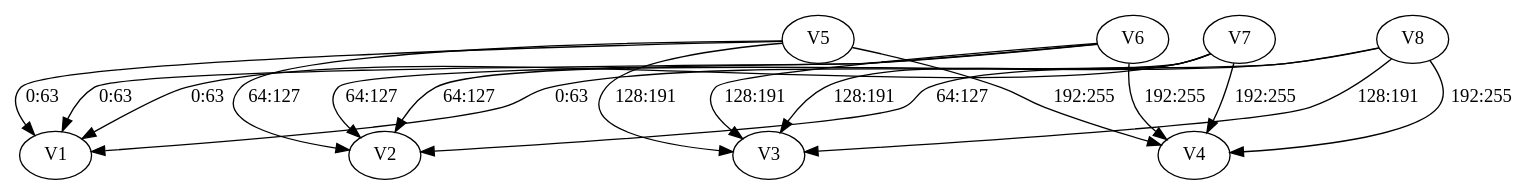
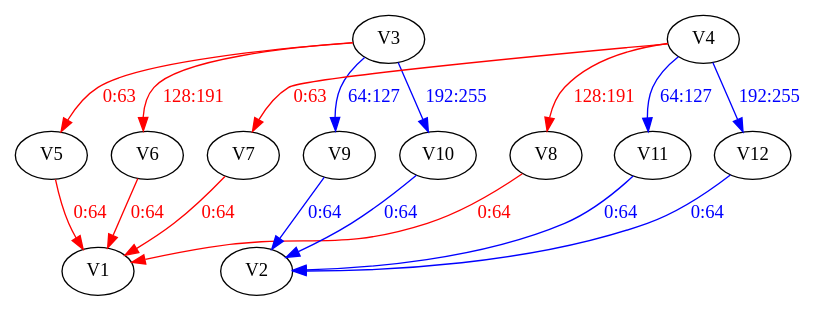
The second of 4 diagrams in llvm/docs/Intel/Analysis/Intel_OptVLS.rst (wangdi4/llvm), drawn with Graphviz before and after one commit. The commit also changed other lines of this file and 3 other files, not shown here.

Commit message:
[[scsel-bdw-04-17535]] Simplified the initial graph and supported an iterative optimizer Old/split llvm commit ID: 2f0467a5a4c1675f181e64a4d4729e3f145cd363

```diff
--- a/llvm/docs/Intel/Analysis/Intel_OptVLS.rst
+++ b/llvm/docs/Intel/Analysis/Intel_OptVLS.rst
@@ -493,39 +490,39 @@
 .. graphviz::
 
    digraph Initial_Graph {
 
       graph[ordering=in];
 
-      V5 -> V4[label="192:255",weight="192:255"];
+      V5 -> V1[fontcolor=red, color=red, label="0:64",weight="0:64"];
 
-      V6 -> V4[label="192:255",weight="192:255"];
+      V6 -> V1[fontcolor=red, color=red, label="0:64",weight="0:64"];
 
-      V7 -> V4[label="192:255",weight="192:255"];
+      V7 -> V1[fontcolor=red, color=red, label="0:64",weight="0:64"];
 
-      V8 -> V4[label="192:255",weight="192:255"];
+      V8 -> V1[fontcolor=red, color=red, label="0:64",weight="0:64"];
 
-      V5 -> V1[label="0:63",weight="0:63"];
+      V9 -> V2[fontcolor=blue, color=blue, label="0:64",weight="0:64"];
 
-      V6 -> V1[label="0:63",weight="0:63"];
+      V10 -> V2[fontcolor=blue, color=blue, label="0:64",weight="0:64"];
 
-      V7 -> V1[label="0:63",weight="0:63"];
+      V11 -> V2[fontcolor=blue, color=blue, label="0:64",weight="0:64"];
 
-      V8 -> V1[label="0:63",weight="0:63"];
+      V12 -> V2[fontcolor=blue, color=blue, label="0:64",weight="0:64"];
 
-      V5 -> V2[label="64:127",weight="64:127"];
+      V3 -> V5[fontcolor=red, color=red, label="0:63",weight="0:63"];
 
-      V6 -> V2[label="64:127",weight="64:127"];
+      V3 -> V6[fontcolor=red, color=red, label="128:191",weight="128:191"];
 
-      V7 -> V2[label="64:127",weight="64:127"];
+      V4 -> V7[fontcolor=red, color=red, label="0:63",weight="0:63"];
 
-      V8 -> V2[label="64:127",weight="64:127"];
+      V4 -> V8[fontcolor=red, color=red, label="128:191",weight="128:191"];
 
-      V5 -> V3[label="128:191",weight="128:191"];
+      V3 -> V9[fontcolor=blue, color=blue, label="64:127",weight="64:127"];
 
-      V6 -> V3[label="128:191",weight="128:191"];
+      V3 -> V10[fontcolor=blue, color=blue, label="192:255",weight="192:255"];
 
-      V7 -> V3[label="128:191",weight="128:191"];
+      V4 -> V11[fontcolor=blue, color=blue, label="64:127",weight="64:127"];
 
-      V8 -> V3[label="128:191",weight="128:191"];
+      V4 -> V12[fontcolor=blue, color=blue, label="192:255",weight="192:255"];
 
    }
```
